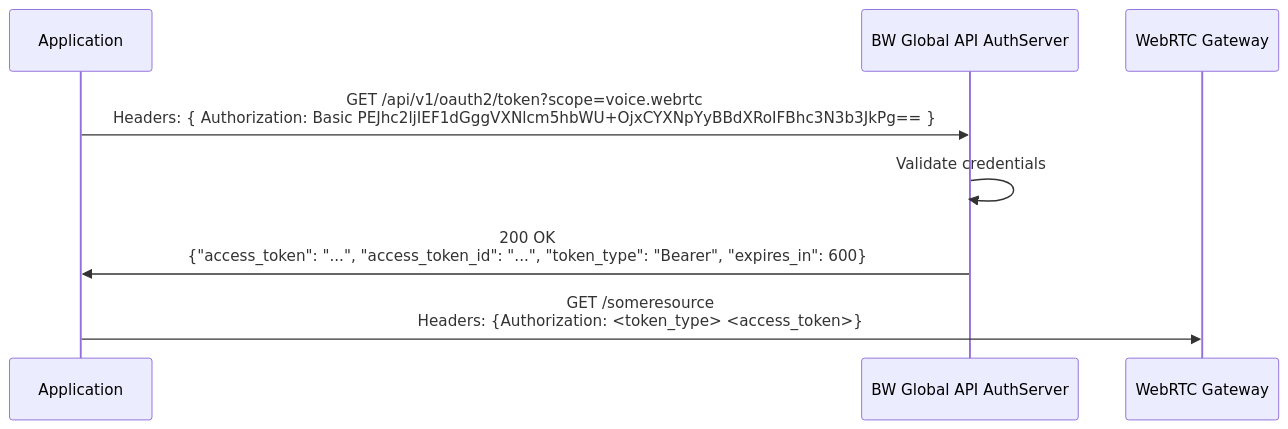
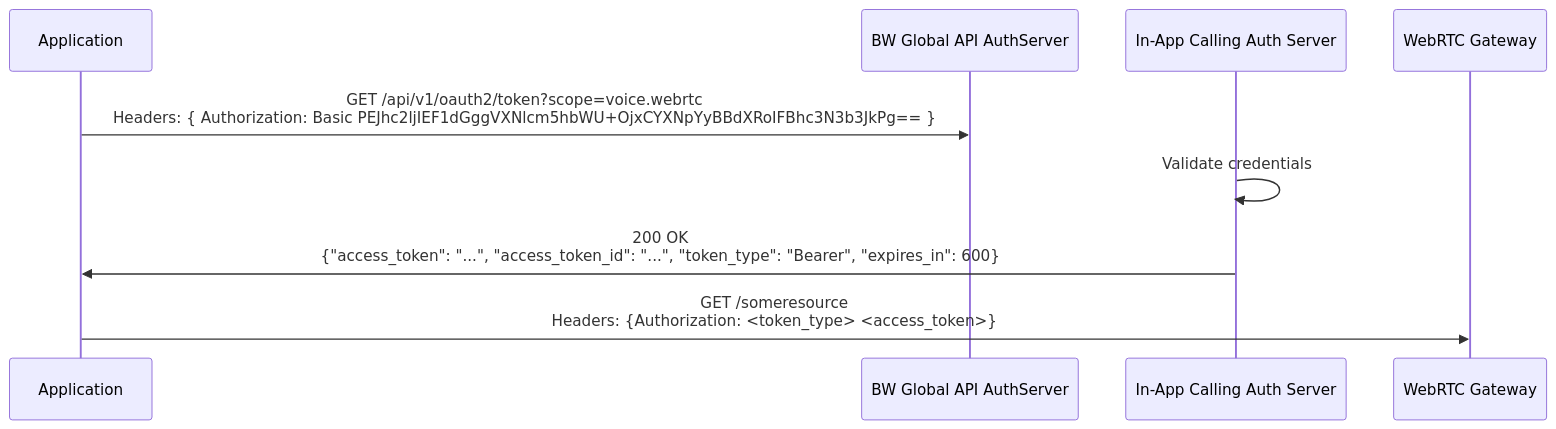
The diagram in site/global-guides/voice/authentication.mdx (Bandwidth/api-docs), drawn with Mermaid before and after one commit. The commit also changed other lines of this file and 1 other file, not shown here.

````diff
--- a/site/global-guides/voice/authentication.mdx
+++ b/site/global-guides/voice/authentication.mdx
@@ -24,7 +24,7 @@
 ```mermaid
 sequenceDiagram
     Application->>BW Global API AuthServer: GET /api/v1/oauth2/token?scope=voice.webrtc <br> Headers: { Authorization: Basic PEJhc2ljIEF1dGggVXNlcm5hbWU+OjxCYXNpYyBBdXRoIFBhc3N3b3JkPg== }
-    BW Global API AuthServer->>BW Global API AuthServer: Validate credentials
-    BW Global API AuthServer->>Application: 200 OK <br> {"access_token": "...", "access_token_id": "...", "token_type": "Bearer", "expires_in": 600}
+    In-App Calling Auth Server->>In-App Calling Auth Server: Validate credentials
+    In-App Calling Auth Server->>Application: 200 OK <br> {"access_token": "...", "access_token_id": "...", "token_type": "Bearer", "expires_in": 600}
     Application->>WebRTC Gateway: GET /someresource <br> Headers: {Authorization: <token_type> <access_token>}
 ```
````
